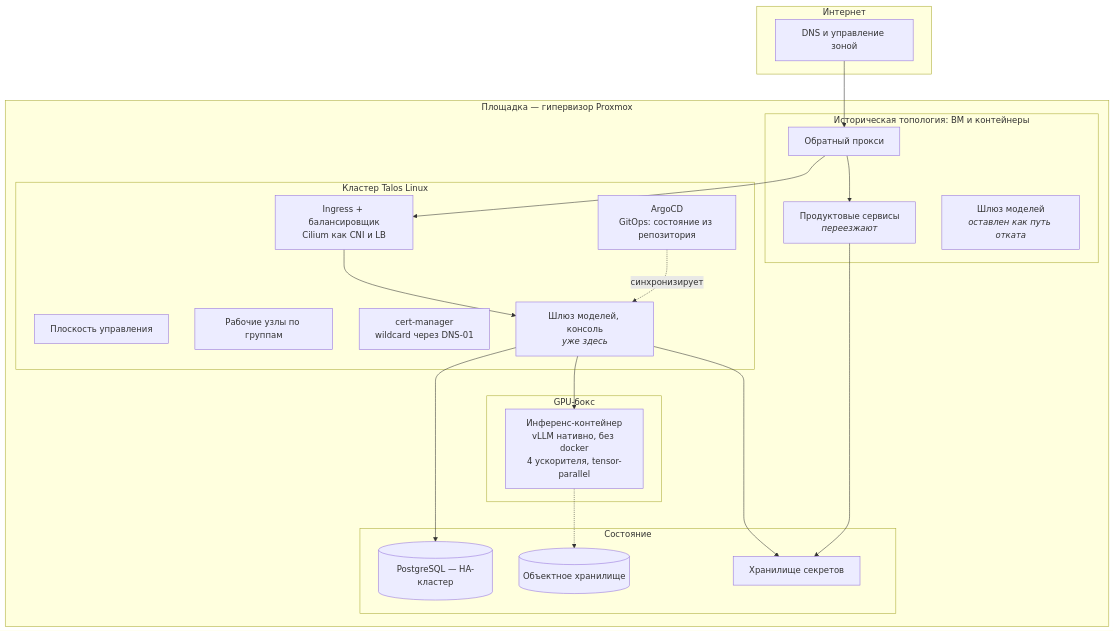
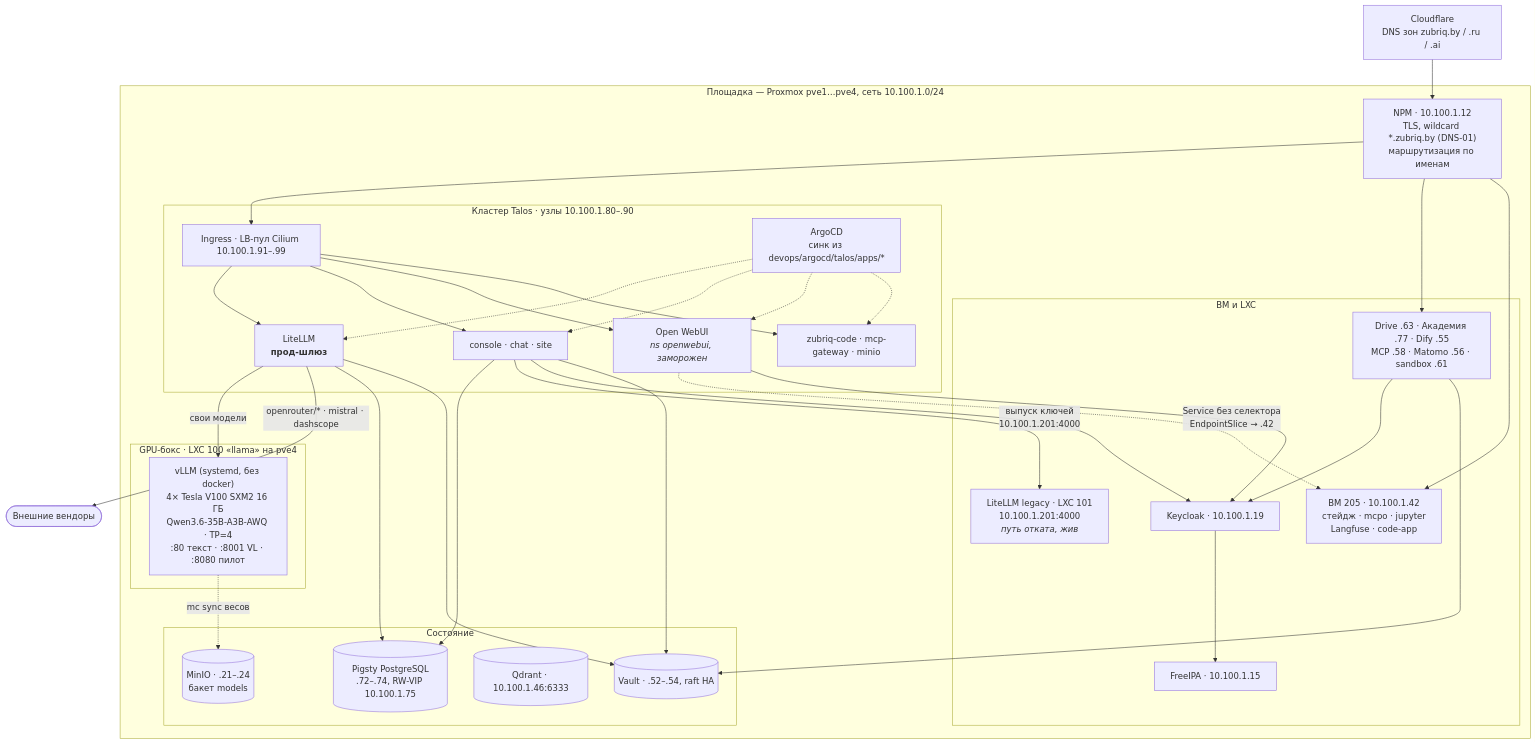
The fourth of 4 diagrams in zubriq-platform/docs/diagrams/c4.md (ZubikIT/ai-architect), drawn with Mermaid before and after one commit. The commit also changed other lines of this file and 8 other files, not shown here.

````diff
--- a/zubriq-platform/docs/diagrams/c4.md
+++ b/zubriq-platform/docs/diagrams/c4.md
@@ -153,43 +153,52 @@
 ```mermaid
 flowchart TB
-  subgraph inet["Интернет"]
-    cf["DNS и управление зоной"]
-  end
+  cf["Cloudflare<br/>DNS зон zubriq.by / .ru / .ai"]
 
-  subgraph dc["Площадка — гипервизор Proxmox"]
-    subgraph legacy["Историческая топология: ВМ и контейнеры"]
-      npmvm["Обратный прокси"]
-      appvms["Продуктовые сервисы<br/><i>переезжают</i>"]
-      gwvm["Шлюз моделей<br/><i>оставлен как путь отката</i>"]
+  subgraph dc["Площадка — Proxmox pve1…pve4, сеть 10.100.1.0/24"]
+    npm["NPM · 10.100.1.12<br/>TLS, wildcard *.zubriq.by (DNS-01)<br/>маршрутизация по именам"]
+
+    subgraph k8s["Кластер Talos · узлы 10.100.1.80–.90"]
+      ing["Ingress · LB-пул Cilium 10.100.1.91–.99"]
+      argo["ArgoCD<br/>синк из devops/argocd/talos/apps/*"]
+      lite["LiteLLM<br/><b>прод-шлюз</b>"]
+      cons["console · chat · site"]
+      owui["Open WebUI<br/><i>ns openwebui, заморожен</i>"]
+      zqc["zubriq-code · mcp-gateway · minio"]
     end
 
-    subgraph gpu["GPU-бокс"]
-      llx["Инференс-контейнер<br/>vLLM нативно, без docker<br/>4 ускорителя, tensor-parallel"]
+    subgraph gpu["GPU-бокс · LXC 100 «llama» на pve4"]
+      vllm["vLLM (systemd, без docker)<br/>4× Tesla V100 SXM2 16 ГБ<br/>Qwen3.6-35B-A3B-AWQ · TP=4<br/>:80 текст · :8001 VL · :8080 пилот"]
     end
 
-    subgraph k8s["Кластер Talos Linux"]
-      cp["Плоскость управления"]
-      w["Рабочие узлы по группам"]
-      ing["Ingress + балансировщик<br/>Cilium как CNI и LB"]
-      argo["ArgoCD<br/>GitOps: состояние из репозитория"]
-      cm["cert-manager<br/>wildcard через DNS-01"]
-      apps["Шлюз моделей, консоль<br/><i>уже здесь</i>"]
+    subgraph vms["ВМ и LXC"]
+      lite2["LiteLLM legacy · LXC 101<br/>10.100.1.201:4000<br/><i>путь отката, жив</i>"]
+      v205["ВМ 205 · 10.100.1.42<br/>стейдж · mcpo · jupyter<br/>Langfuse · code-app"]
+      other["Drive .63 · Академия .77 · Dify .55<br/>MCP .58 · Matomo .56 · sandbox .61"]
+      kc["Keycloak · 10.100.1.19"]
+      ipa["FreeIPA · 10.100.1.15"]
     end
 
-    subgraph stateful["Состояние"]
-      pgc[("PostgreSQL — HA-кластер")]
-      s3c[("Объектное хранилище")]
-      vault["Хранилище секретов"]
+    subgraph state["Состояние"]
+      pg[("Pigsty PostgreSQL<br/>.72–.74, RW-VIP 10.100.1.75")]
+      minio[("MinIO · .21–.24<br/>бакет models")]
+      qd[("Qdrant · 10.100.1.46:6333")]
+      vault[("Vault · .52–.54, raft HA")]
     end
   end
 
-  cf --> npmvm
-  npmvm --> ing
-  npmvm --> appvms
-  ing --> apps
-  apps --> pgc
-  apps --> llx
-  argo -.->|"синхронизирует"| apps
-  llx -.-> s3c
-  appvms & apps --> vault
+  cf --> npm
+  npm --> ing
+  npm --> other & v205
+  ing --> lite & cons & owui & zqc
+  lite -->|"свои модели"| vllm
+  lite -->|"openrouter/* · mistral · dashscope"| ext(["Внешние вендоры"])
+  lite --> pg
+  cons --> pg
+  cons -->|"выпуск ключей<br/>10.100.1.201:4000"| lite2
+  owui -.->|"Service без селектора<br/>EndpointSlice → .42"| v205
+  vllm -.->|"mc sync весов"| minio
+  kc --> ipa
+  cons & owui & other --> kc
+  lite & cons & other --> vault
+  argo -.-> lite & cons & owui & zqc
 ```
````
